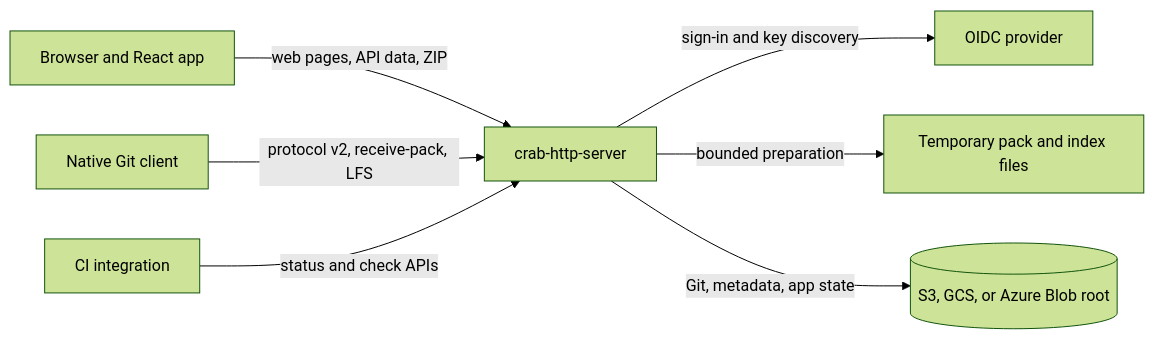
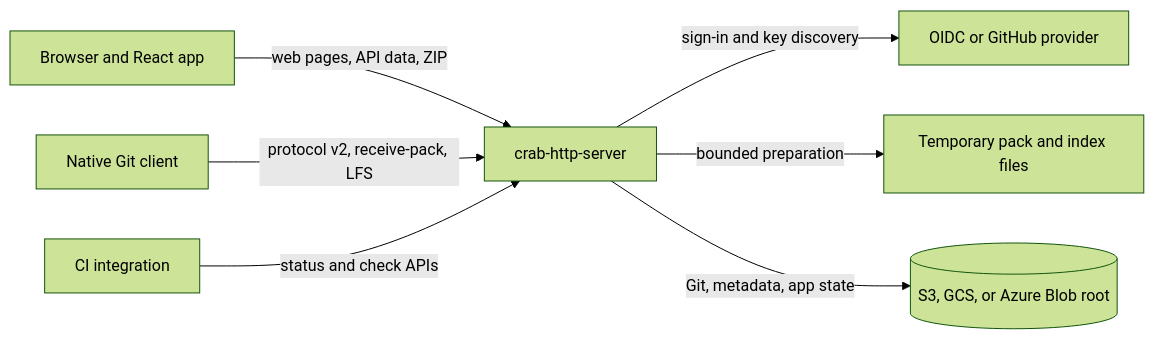
Before and after one commit to crabbuild/crab: the first of 7 diagrams in crates/crab-http-server/REFERENCE.md, drawn with Mermaid (forest theme). The commit also changed other lines of this file and 10 other files, not shown here.

Commit message:
feat(http): add GitHub OAuth browser sign-in

````diff
--- a/crates/crab-http-server/REFERENCE.md
+++ b/crates/crab-http-server/REFERENCE.md
@@ -33,17 +33,17 @@
 ```mermaid
 flowchart LR
     Browser[Browser and React app]
     Git[Native Git client]
     CI[CI integration]
     Server[crab-http-server]
-    Auth[OIDC provider]
+    Auth[OIDC or GitHub provider]
     Temp[Temporary pack and index files]
     Store[(S3, GCS, or Azure Blob root)]
 
     Browser -->|web pages, API data, ZIP| Server
     Git -->|protocol v2, receive-pack, LFS| Server
     CI -->|status and check APIs| Server
     Server -->|sign-in and key discovery| Auth
     Server -->|bounded preparation| Temp
     Server -->|Git, metadata, app state| Store
 ```
````
